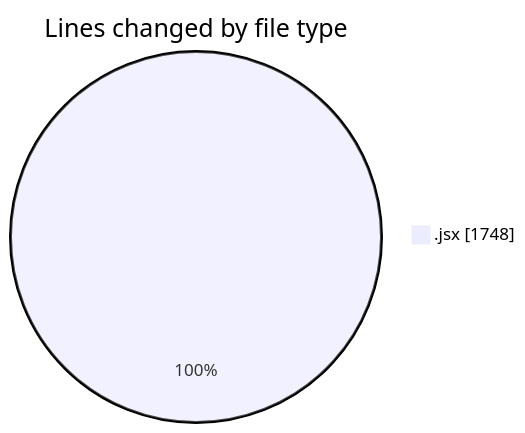
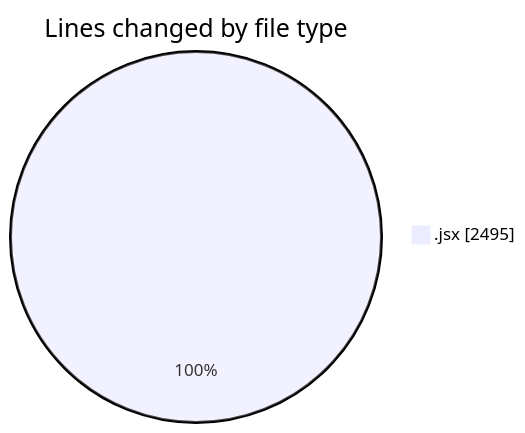
Before and after one commit to nxtqubesakshisongat/code-tracking: the first of 2 diagrams in 2025-10-07/nxtqube_webapp/README.md, drawn with Mermaid. The commit also changed other lines of this file and 1 other file, not shown here.

````diff
--- a/2025-10-07/nxtqube_webapp/README.md
+++ b/2025-10-07/nxtqube_webapp/README.md
@@ -20,5 +20,5 @@
 ```mermaid
 pie showData
 title Lines changed by file type
-".jsx" : 1748
+".jsx" : 2495
 ```
````
